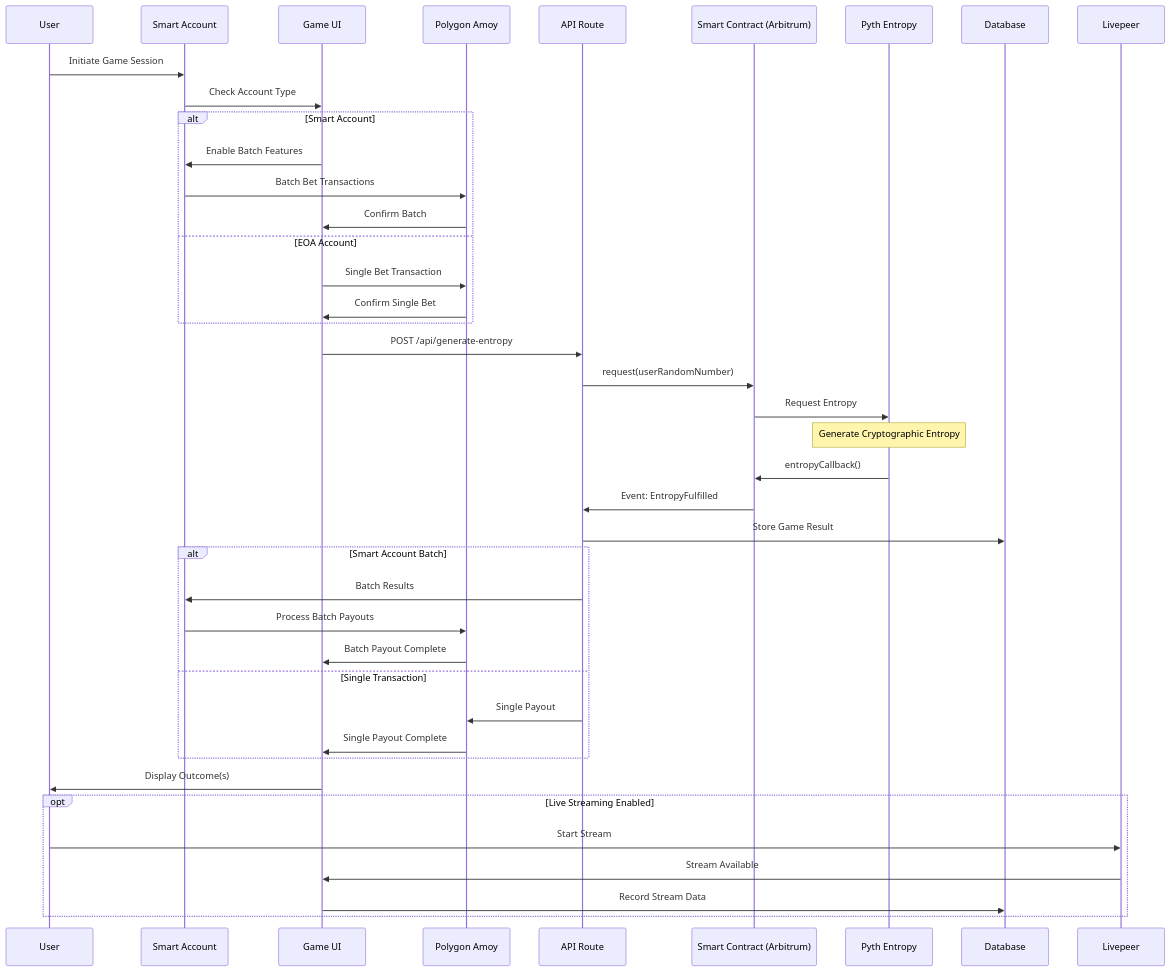
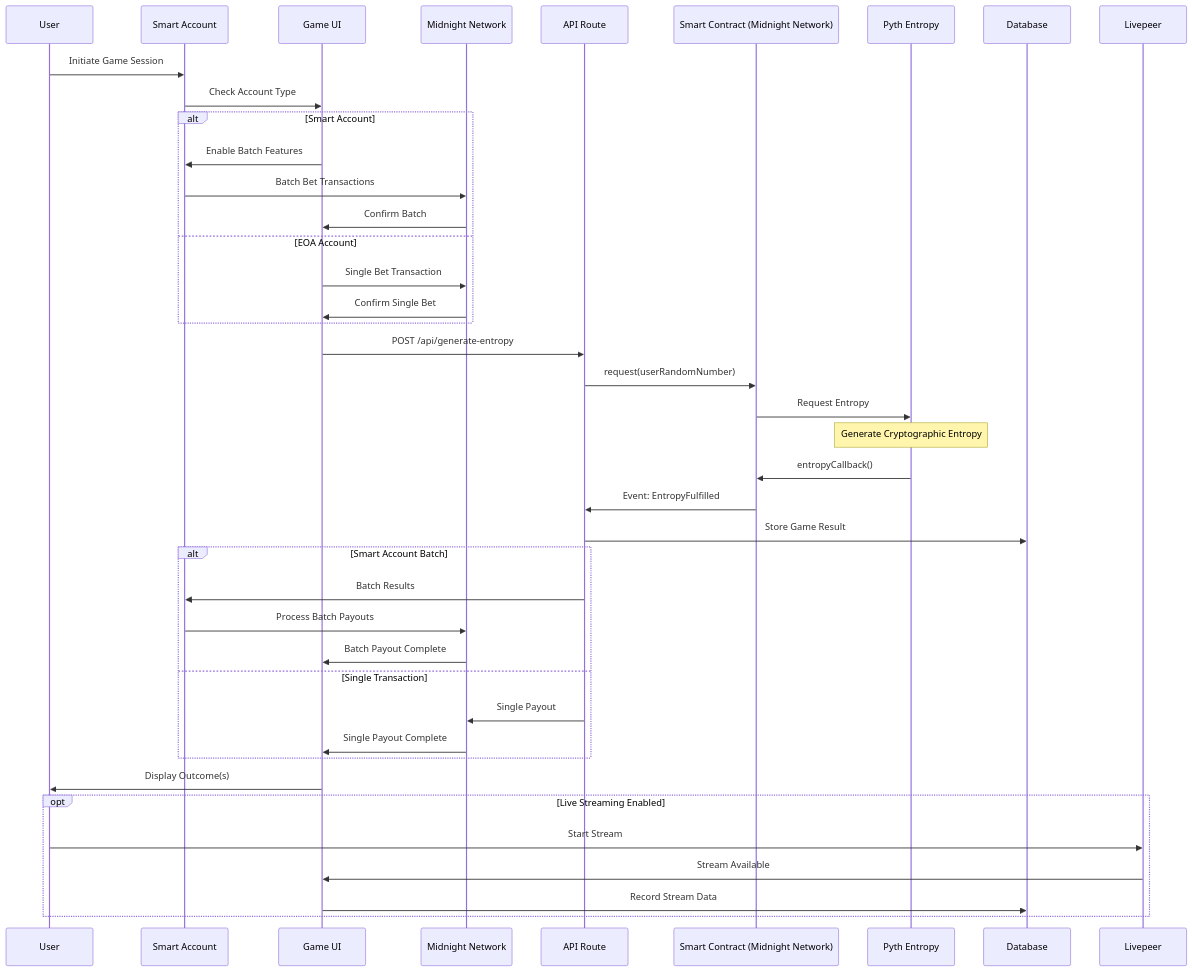
The third of 6 diagrams in README.md (AmaanSayyad/Midnight-Casino), drawn with Mermaid before and after one commit. The commit also changed other lines of this file and 2 other files, not shown here.

Commit message:
rebrand(midnight): establish baseline identity and theme scaffolding

````diff
--- a/README.md
+++ b/README.md
@@ -209,51 +209,51 @@
 ```mermaid
 sequenceDiagram
     participant U as User
     participant SA as Smart Account
     participant UI as Game UI
-    participant PA as Polygon Amoy
+    participant PA as Midnight Network
     participant API as API Route
-    participant SC as Smart Contract (Arbitrum)
+    participant SC as Smart Contract (Midnight Network)
     participant PE as Pyth Entropy
     participant DB as Database
     participant LP as Livepeer
     
     U->>SA: Initiate Game Session
     SA->>UI: Check Account Type
     
     alt Smart Account
         UI->>SA: Enable Batch Features
         SA->>PA: Batch Bet Transactions
         PA->>UI: Confirm Batch
     else EOA Account
         UI->>PA: Single Bet Transaction
         PA->>UI: Confirm Single Bet
     end
     
     UI->>API: POST /api/generate-entropy
     API->>SC: request(userRandomNumber)
     SC->>PE: Request Entropy
     
     Note over PE: Generate Cryptographic Entropy
     
     PE->>SC: entropyCallback()
     SC->>API: Event: EntropyFulfilled
     API->>DB: Store Game Result
     
     alt Smart Account Batch
         API->>SA: Batch Results
         SA->>PA: Process Batch Payouts
         PA->>UI: Batch Payout Complete
     else Single Transaction
         API->>PA: Single Payout
         PA->>UI: Single Payout Complete
     end
     
     UI->>U: Display Outcome(s)
     
     opt Live Streaming Enabled
         U->>LP: Start Stream
         LP->>UI: Stream Available
         UI->>DB: Record Stream Data
     end
 ```
````
